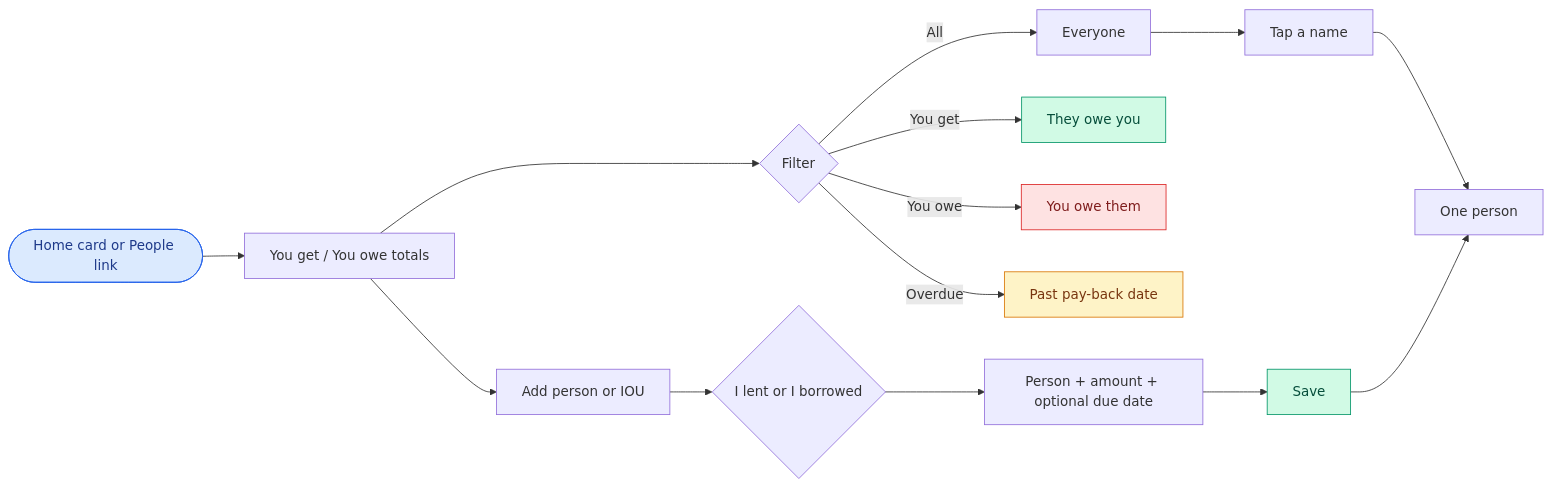
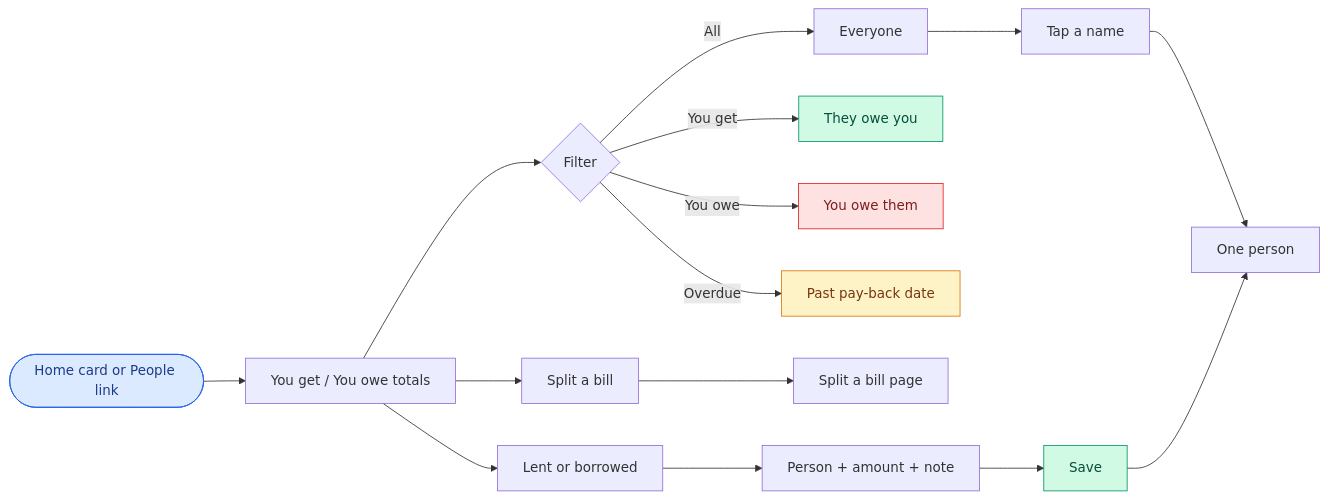
One commit to rangnenwars/myBudgetApp changed diagram 13 of 26 in docs/USER_WORKFLOWS.md. Above: the diagram before and after it, drawn with Mermaid. The commit also changed other lines of this file and 66 other files, not shown here.

First line of the commit message:
Add per-user feature access, one monthly budget, simpler People flows

````diff
--- a/docs/USER_WORKFLOWS.md
+++ b/docs/USER_WORKFLOWS.md
@@ -326,17 +320,17 @@
 ```mermaid
 flowchart LR
   A(["Home card or People link"]):::entry --> B["You get / You owe totals"]
   B --> C{"Filter"}
   C -->|All| D["Everyone"]
   C -->|"You get"| E["They owe you"]:::ok
   C -->|"You owe"| F["You owe them"]:::bad
   C -->|Overdue| G["Past pay-back date"]:::warn
   D --> H["Tap a name"] --> I["One person"]
-  B --> J["Add person or IOU"] --> K{"I lent or I borrowed"}
-  K --> L["Person + amount + optional due date"] --> M["Save"]:::ok --> I
+  B --> J["Split a bill"] --> SB["Split a bill page"]
+  B --> K["Lent or borrowed"] --> L["Person + amount + note"] --> M["Save"]:::ok --> I
   classDef entry fill:#dbeafe,stroke:#2563eb,color:#1e3a8a
   classDef ok fill:#d1fae5,stroke:#059669,color:#064e3b
   classDef bad fill:#fee2e2,stroke:#dc2626,color:#7f1d1d
   classDef pro fill:#ede9fe,stroke:#7c3aed,color:#4c1d95
   classDef warn fill:#fef3c7,stroke:#d97706,color:#78350f
 ```
````
